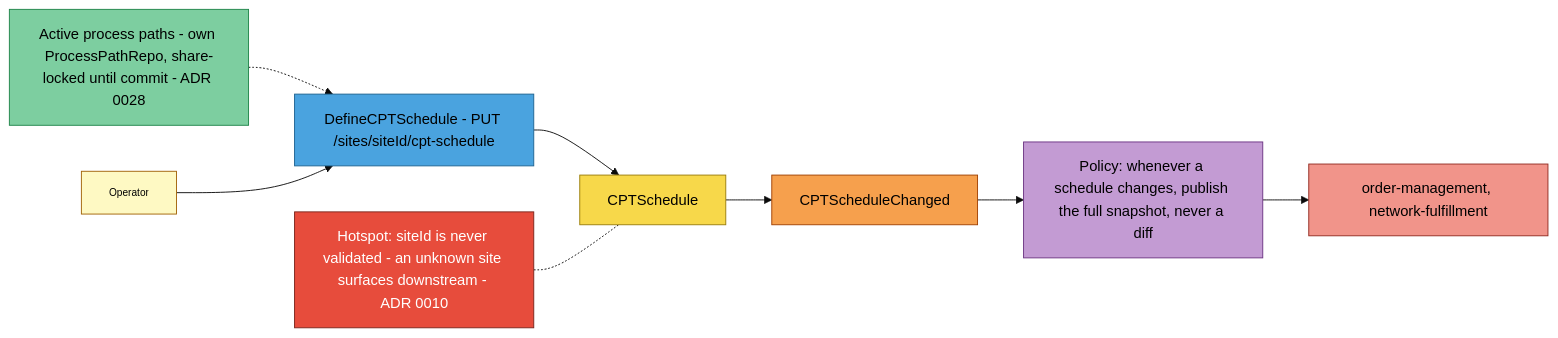
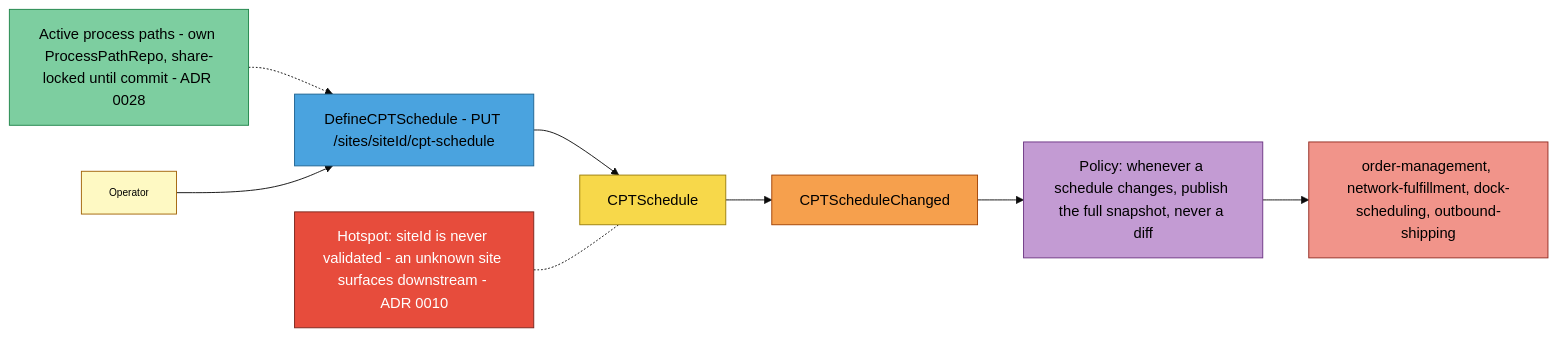
One commit to IQVO/process-path-management changed the third of 5 diagrams in docs/docs/ddd/eventstorming.md. Above: the diagram before and after it, drawn with Mermaid (base theme). The commit also changed other lines of this file and 11 other files, not shown here.

````diff
--- a/docs/docs/ddd/eventstorming.md
+++ b/docs/docs/ddd/eventstorming.md
@@ -102,24 +102,24 @@
 ```mermaid
 flowchart LR
     OP["Operator"]:::actor
     RM1["Active process paths - own ProcessPathRepo, share-locked until commit - ADR 0028"]:::readmodel
     C1["DefineCPTSchedule - PUT /sites/siteId/cpt-schedule"]:::command
     A1["CPTSchedule"]:::aggregate
     E1["CPTScheduleChanged"]:::event
     P1["Policy: whenever a schedule changes, publish the full snapshot, never a diff"]:::policy
-    X1["order-management, network-fulfillment"]:::external
+    X1["order-management, network-fulfillment, dock-scheduling, outbound-shipping"]:::external
     H2["Hotspot: siteId is never validated - an unknown site surfaces downstream - ADR 0010"]:::hotspot
 
     RM1 -.-> C1
     OP --> C1 --> A1 --> E1 --> P1 --> X1
     H2 -.- A1
 
     classDef actor fill:#fef9c3,stroke:#a16207,color:#000,font-size:11px
     classDef command fill:#4aa3df,stroke:#1f6391,color:#000
     classDef aggregate fill:#f7d84a,stroke:#9a7d0a,color:#000
     classDef event fill:#f6a04d,stroke:#a04000,color:#000
     classDef policy fill:#c39bd3,stroke:#6c3483,color:#000
     classDef readmodel fill:#7dcea0,stroke:#1e8449,color:#000
     classDef external fill:#f1948a,stroke:#922b21,color:#000
     classDef hotspot fill:#e74c3c,stroke:#7b241c,color:#fff
 ```
````
